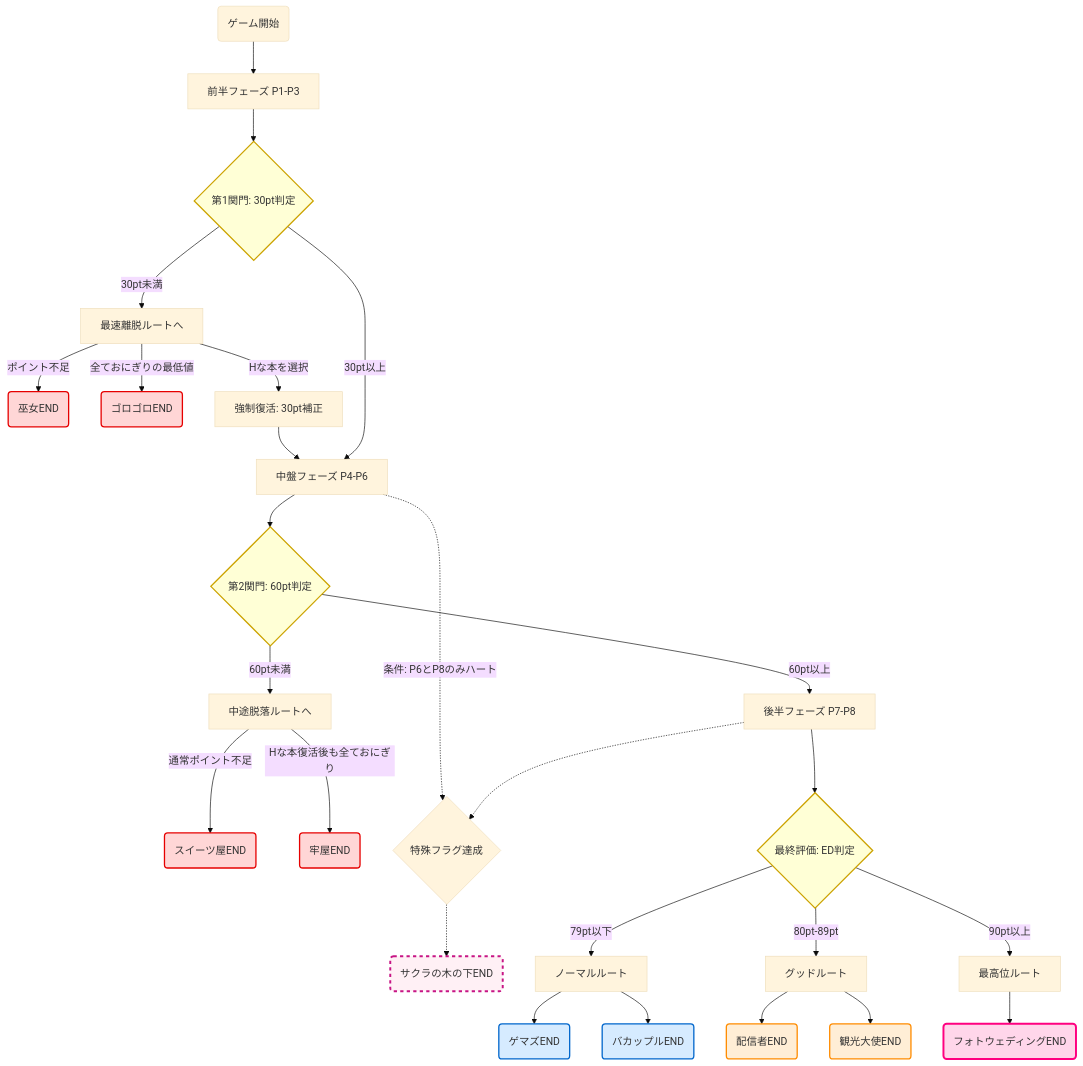
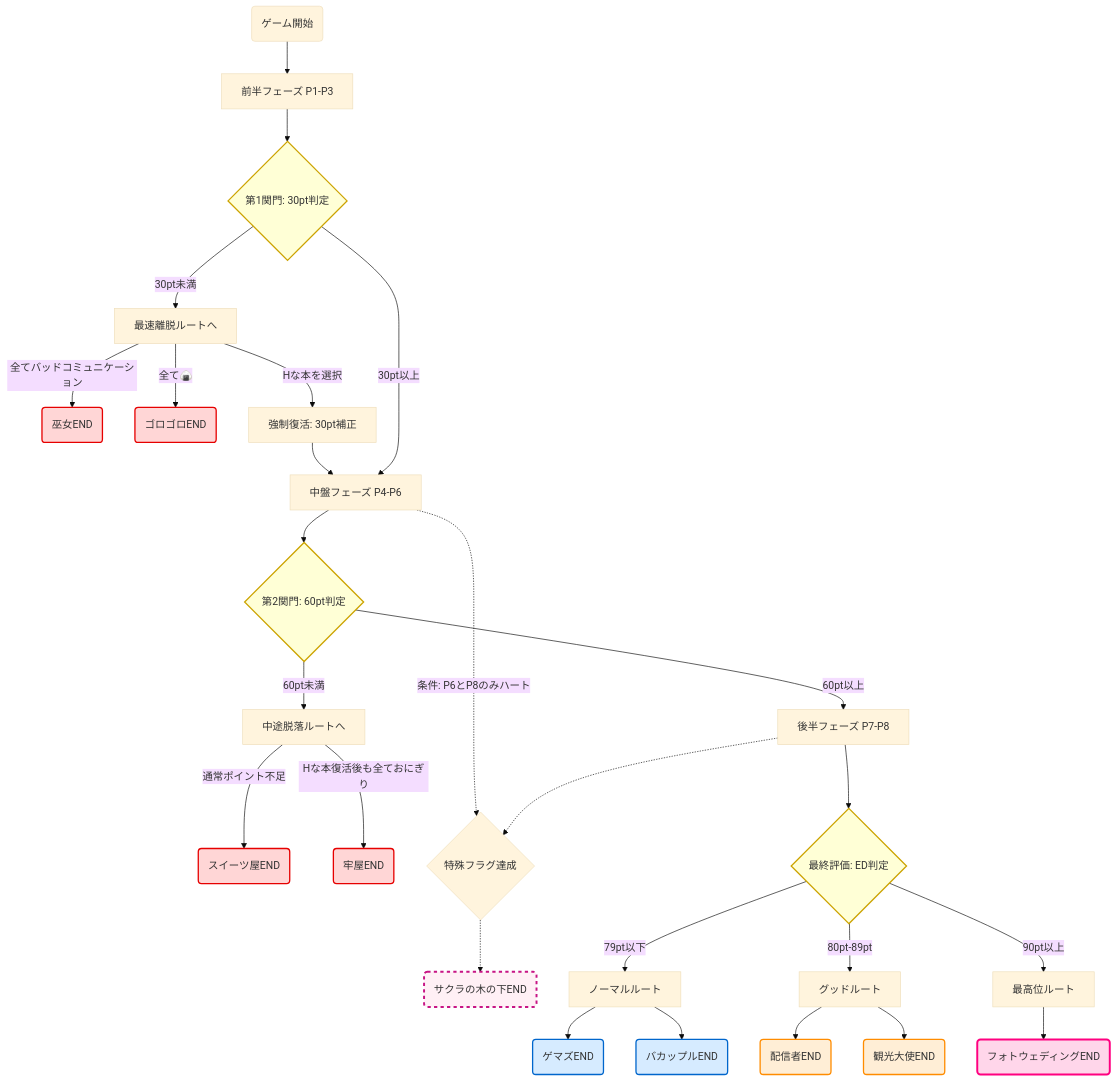
Before and after one commit to AutoRecord/Claude-Code-Genereter: the diagram in マインドマップ/おかゆにゅ～～む_ポイント足切りルート表.md, drawn with Mermaid (base theme).

Commit message:
Please provide the changes or the files you would like me to summarize.

````diff
--- a/マインドマップ/おかゆにゅ～～む_ポイント足切りルート表.md
+++ b/マインドマップ/おかゆにゅ～～む_ポイント足切りルート表.md
@@ -11,52 +11,52 @@
 ```mermaid
 flowchart TD
     Start(ゲーム開始) --> P13[前半フェーズ P1-P3]
     P13 --> Calc1{第1関門: 30pt判定}
     
     Calc1 -->|30pt未満| Cut1[最速離脱ルートへ]
-    Cut1 -->|ポイント不足| EndMiko(巫女END)
-    Cut1 -->|全ておにぎりの最低値| EndGoro(ゴロゴロEND)
+    Cut1 -->|全てバッドコミュニケーション| EndMiko(巫女END)
+    Cut1 -->|全て🍙| EndGoro(ゴロゴロEND)
     
     Cut1 -->|Hな本を選択| HBook[強制復活: 30pt補正]
     HBook --> P46[中盤フェーズ P4-P6]
     Calc1 -->|30pt以上| P46
     
     P46 --> Calc2{第2関門: 60pt判定}
     
     Calc2 -->|60pt未満| Cut2[中途脱落ルートへ]
     Cut2 -->|通常ポイント不足| EndSweets(スイーツ屋END)
     Cut2 -->|Hな本復活後も全ておにぎり| EndPrison(牢屋END)
     
     Calc2 -->|60pt以上| P78[後半フェーズ P7-P8]
     
     P46 -.->|条件: P6とP8のみハート| SpecialFlag{特殊フラグ達成}
     P78 -.-> SpecialFlag
     SpecialFlag -.-> EndSakura(サクラの木の下END)
     
     P78 --> Calc3{最終評価: ED判定}
     
     Calc3 -->|79pt以下| RankC[ノーマルルート]
     RankC --> EndGemaz(ゲマズEND)
     RankC --> EndBaka(バカップルEND)
     
     Calc3 -->|80pt-89pt| RankB[グッドルート]
     RankB --> EndStreamer(配信者END)
     RankB --> EndTaishi(観光大使END)
     
     Calc3 -->|90pt以上| RankS[最高位ルート]
     RankS --> EndPhoto(フォトウェディングEND)
     
     classDef endBad fill:#ffd6d6,stroke:#e60000,stroke-width:2px,color:#333;
     classDef endNormal fill:#d6ebff,stroke:#0066cc,stroke-width:2px,color:#333;
     classDef endGood fill:#ffeed6,stroke:#ff8c00,stroke-width:2px,color:#333;
     classDef endBest fill:#ffd6ea,stroke:#ff0080,stroke-width:3px,color:#333;
     classDef endSpecial fill:#fff0f5,stroke:#c71585,stroke-width:3px,color:#333,stroke-dasharray: 5 5;
     classDef calcNode fill:#ffffd6,stroke:#cca300,stroke-width:2px,color:#333;
     
     class EndMiko,EndGoro,EndSweets,EndPrison endBad;
     class EndGemaz,EndBaka endNormal;
     class EndStreamer,EndTaishi endGood;
     class EndPhoto endBest;
     class EndSakura endSpecial;
     class Calc1,Calc2,Calc3 calcNode;
 ```
````
